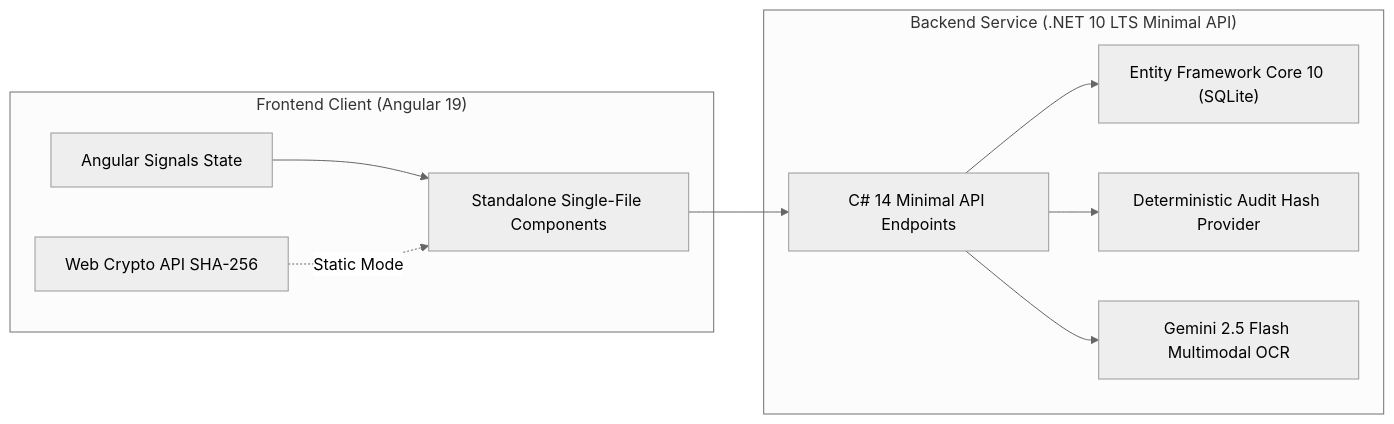
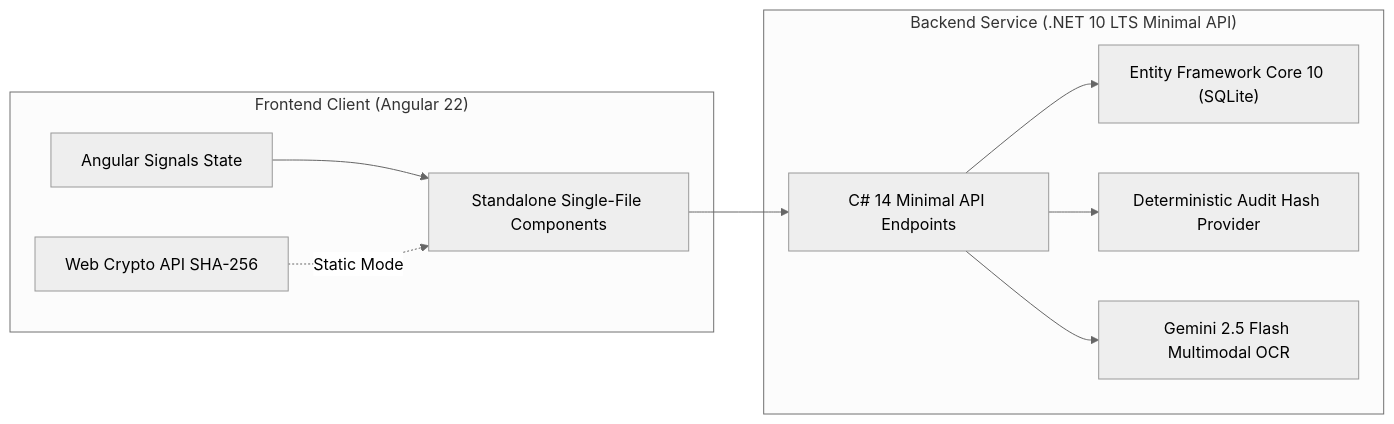
Before and after one commit to ZillerDX/ai-document-workflow: the first of 3 diagrams in README.md, drawn with Mermaid (neutral theme). The commit also changed other lines of this file and 1 other file, not shown here.

First line of the commit message:
ci: build and test the Angular 22 app; update README

````diff
--- a/README.md
+++ b/README.md
@@ -81,22 +81,22 @@
 ```mermaid
 graph LR
-    subgraph Frontend["Frontend Client (Angular 19)"]
+    subgraph Frontend["Frontend Client (Angular 22)"]
         UI["Standalone Single-File Components"]
         SIG["Angular Signals State"]
         CRYPTO["Web Crypto API SHA-256"]
     end
 
     subgraph Backend["Backend Service (.NET 10 LTS Minimal API)"]
         API["C# 14 Minimal API Endpoints"]
         EF["Entity Framework Core 10 (SQLite)"]
         LEDGER["Deterministic Audit Hash Provider"]
         AI["Gemini 2.5 Flash Multimodal OCR"]
     end
 
     UI --> API
     SIG --> UI
     CRYPTO -.->|Static Mode| UI
     API --> EF
     API --> LEDGER
     API --> AI
 ```
````
